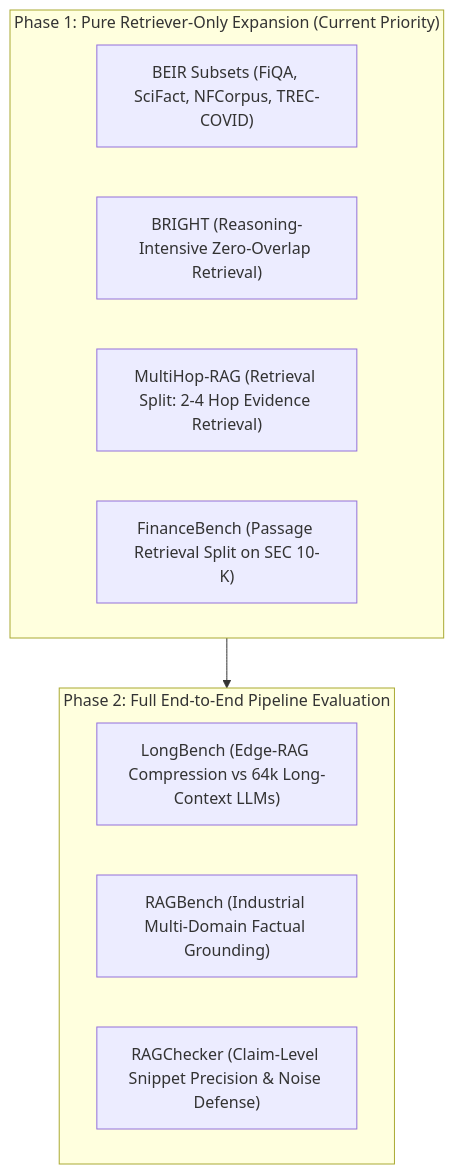
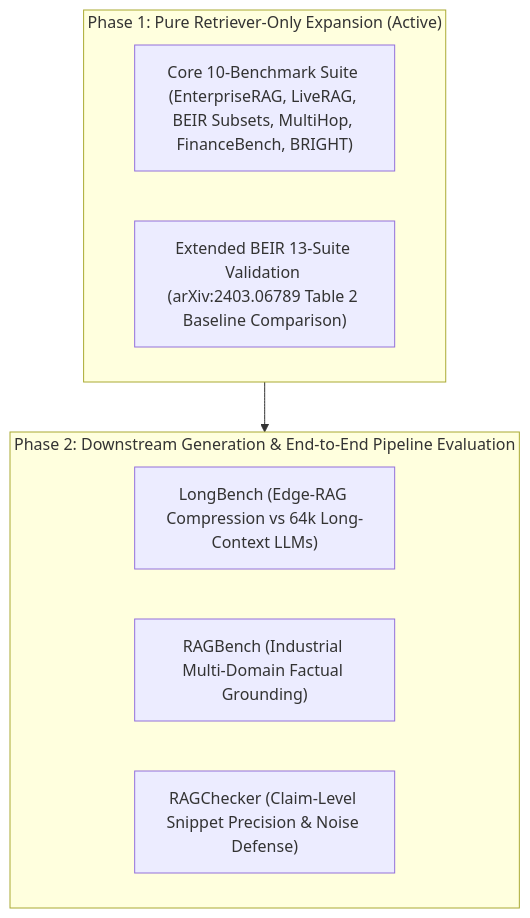
The third of 3 diagrams in docs/DATASET_PREP.md (spchjken/Edge-RAG), drawn with Mermaid before and after one commit. The commit also changed other lines of this file and 7 other files, not shown here.

````diff
--- a/docs/DATASET_PREP.md
+++ b/docs/DATASET_PREP.md
@@ -645,17 +505,15 @@
 ```mermaid
 graph TD
-    subgraph Phase1 ["Phase 1: Pure Retriever-Only Expansion (Current Priority)"]
-        P1_BEIR["BEIR Subsets (FiQA, SciFact, NFCorpus, TREC-COVID)"]
-        P1_BRIGHT["BRIGHT (Reasoning-Intensive Zero-Overlap Retrieval)"]
-        P1_MH["MultiHop-RAG (Retrieval Split: 2-4 Hop Evidence Retrieval)"]
-        P1_FB["FinanceBench (Passage Retrieval Split on SEC 10-K)"]
+    subgraph Phase1 ["Phase 1: Pure Retriever-Only Expansion (Active)"]
+        P1_CORE["Core 10-Benchmark Suite (EnterpriseRAG, LiveRAG, BEIR Subsets, MultiHop, FinanceBench, BRIGHT)"]
+        P1_BEIR13["Extended BEIR 13-Suite Validation (arXiv:2403.06789 Table 2 Baseline Comparison)"]
     end
 
-    subgraph Phase2 ["Phase 2: Full End-to-End Pipeline Evaluation"]
+    subgraph Phase2 ["Phase 2: Downstream Generation & End-to-End Pipeline Evaluation"]
         P2_LONG["LongBench (Edge-RAG Compression vs 64k Long-Context LLMs)"]
         P2_RAGB["RAGBench (Industrial Multi-Domain Factual Grounding)"]
         P2_RAGC["RAGChecker (Claim-Level Snippet Precision & Noise Defense)"]
     end
 
     Phase1 --> Phase2
 ```
````
